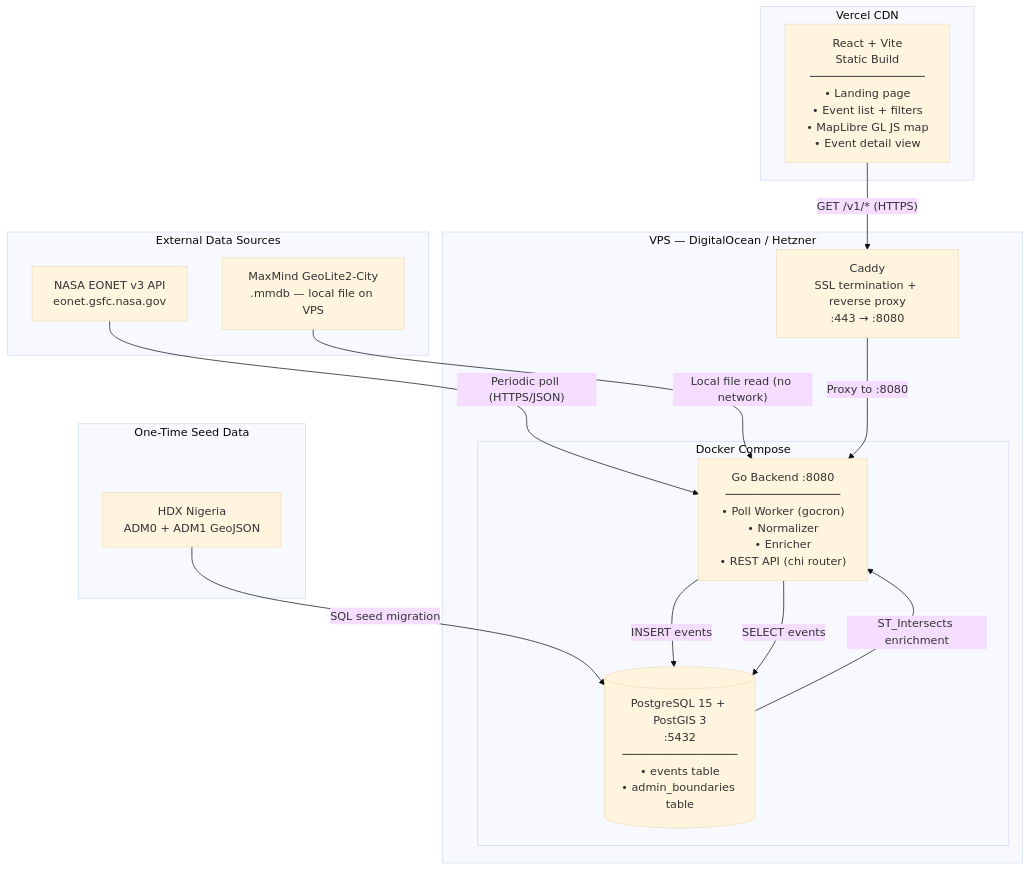
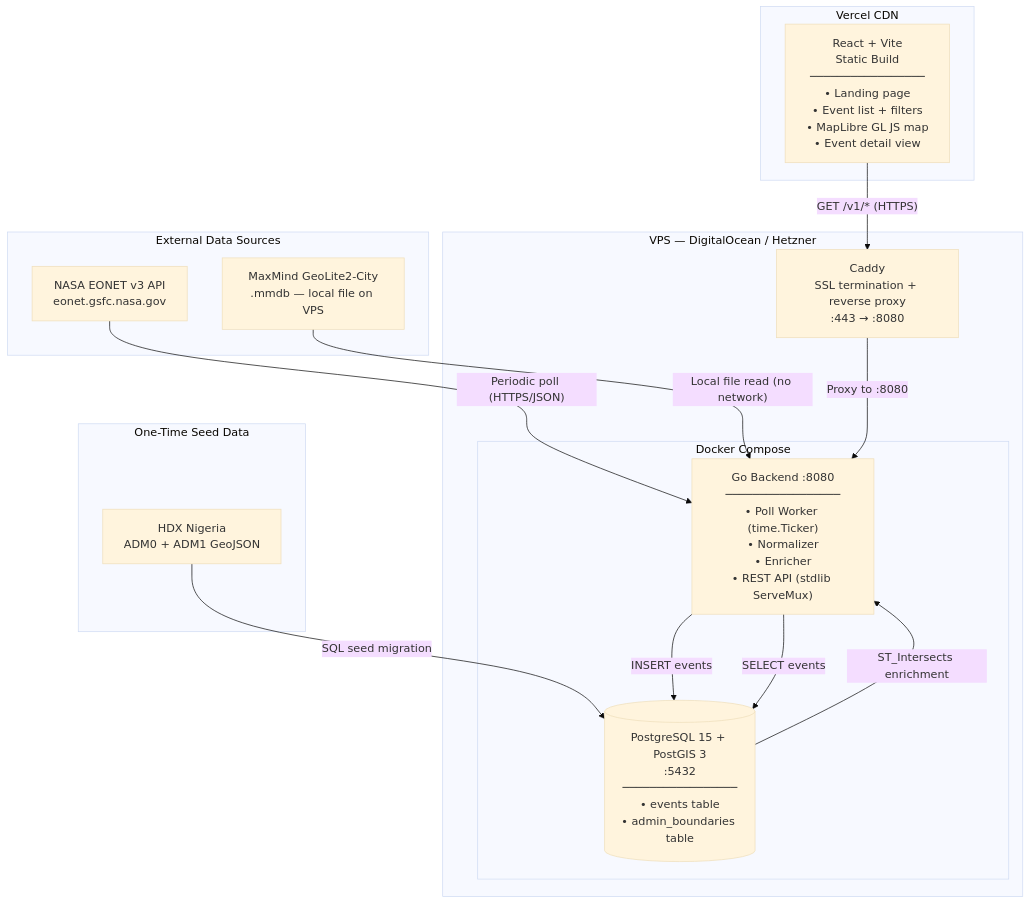
Before and after one commit to didi-rare/vigilafrica: the first of 3 diagrams in openspec/specs/vigilafrica/architecture.md, drawn with Mermaid (base theme). The commit also changed other lines of this file and 30 other files, not shown here.

````diff
--- a/openspec/specs/vigilafrica/architecture.md
+++ b/openspec/specs/vigilafrica/architecture.md
@@ -43,32 +43,32 @@
 ```mermaid
 graph TD
     subgraph External["External Data Sources"]
         EONET["NASA EONET v3 API<br/>eonet.gsfc.nasa.gov"]
         MMDB["MaxMind GeoLite2-City<br/>.mmdb — local file on VPS"]
     end
 
     subgraph VPS["VPS — DigitalOcean / Hetzner"]
         Caddy["Caddy<br/>SSL termination + reverse proxy<br/>:443 → :8080"]
         subgraph Docker["Docker Compose"]
-            GoAPI["Go Backend :8080<br/>─────────────────<br/>• Poll Worker (gocron)<br/>• Normalizer<br/>• Enricher<br/>• REST API (chi router)"]
+            GoAPI["Go Backend :8080<br/>─────────────────<br/>• Poll Worker (time.Ticker)<br/>• Normalizer<br/>• Enricher<br/>• REST API (stdlib ServeMux)"]
             PG[("PostgreSQL 15 + PostGIS 3<br/>:5432<br/>─────────────────<br/>• events table<br/>• admin_boundaries table")]
         end
     end
 
     subgraph Vercel["Vercel CDN"]
         React["React + Vite<br/>Static Build<br/>─────────────────<br/>• Landing page<br/>• Event list + filters<br/>• MapLibre GL JS map<br/>• Event detail view"]
     end
 
     subgraph Seed["One-Time Seed Data"]
         HDX["HDX Nigeria<br/>ADM0 + ADM1 GeoJSON"]
     end
 
     EONET -->|"Periodic poll (HTTPS/JSON)"| GoAPI
     HDX -->|"SQL seed migration"| PG
     GoAPI -->|"INSERT events"| PG
     PG -->|"ST_Intersects enrichment"| GoAPI
     MMDB -->|"Local file read (no network)"| GoAPI
     React -->|"GET /v1/* (HTTPS)"| Caddy
     Caddy -->|"Proxy to :8080"| GoAPI
     GoAPI -->|"SELECT events"| PG
 ```
````
